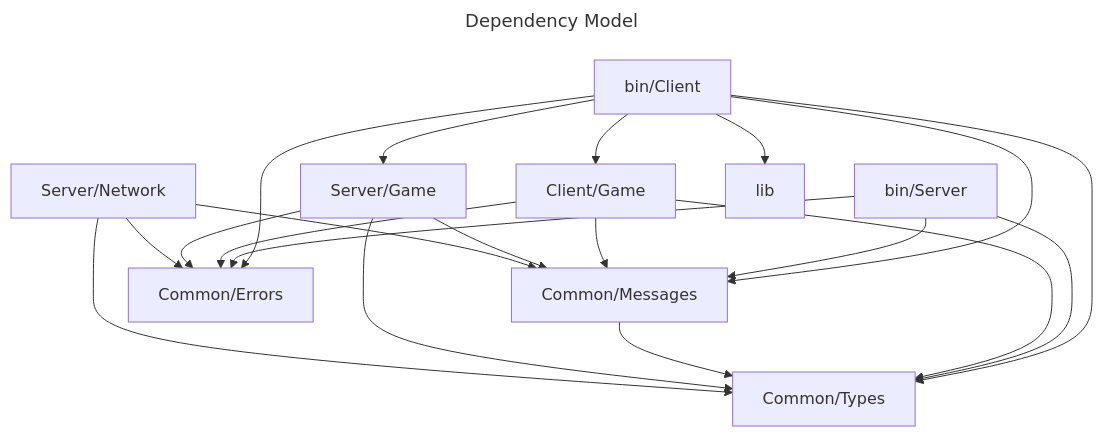
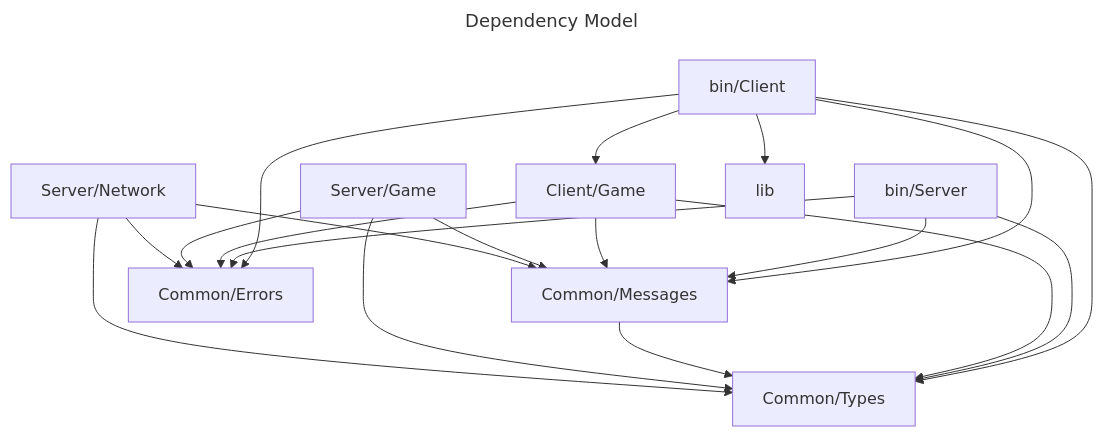
The diagram in README.md (KyleDunbarDev/networking-basic), drawn with Mermaid before and after one commit.

````diff
--- a/README.md
+++ b/README.md
@@ -10,28 +10,27 @@
 ```mermaid
 ---
 title: Dependency Model
 ---
 graph TD;
 
   Server/Network --> Common/Messages
   Server/Network --> Common/Errors
   Server/Network --> Common/Types
   Server/Game --> Common/Messages
   Server/Game --> Common/Errors
   Server/Game --> Common/Types
   Common/Messages --> Common/Types
   Client/Game --> Common/Messages
   Client/Game --> Common/Errors
   Client/Game --> Common/Types
   bin/Server --> Common/Messages
   bin/Server --> Common/Errors
   bin/Server --> Common/Types
   bin/Client --> Client/Game
   bin/Client --> Common/Messages
   bin/Client --> Common/Errors
   bin/Client --> Common/Types
   bin/Client --> lib
-  bin/Client --> Server/Game
   
 
 ```
````
